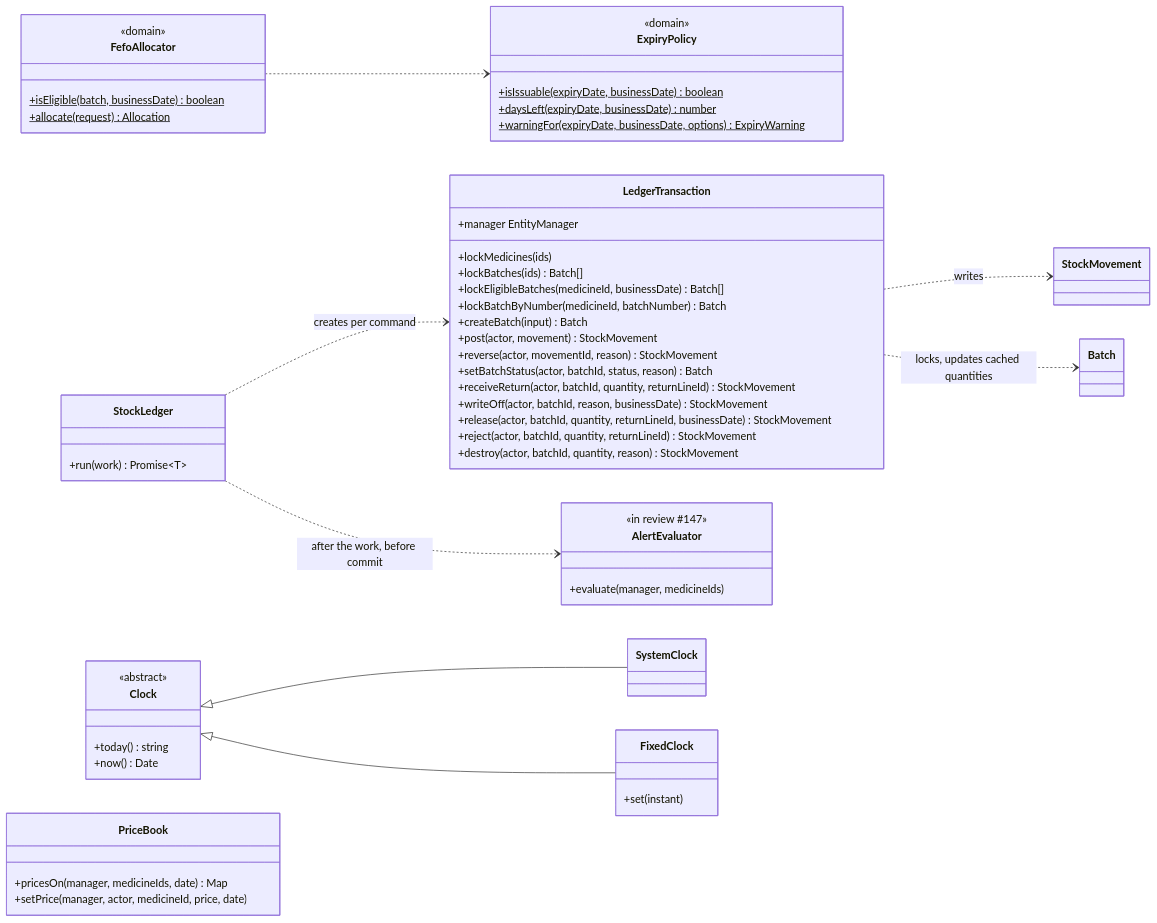
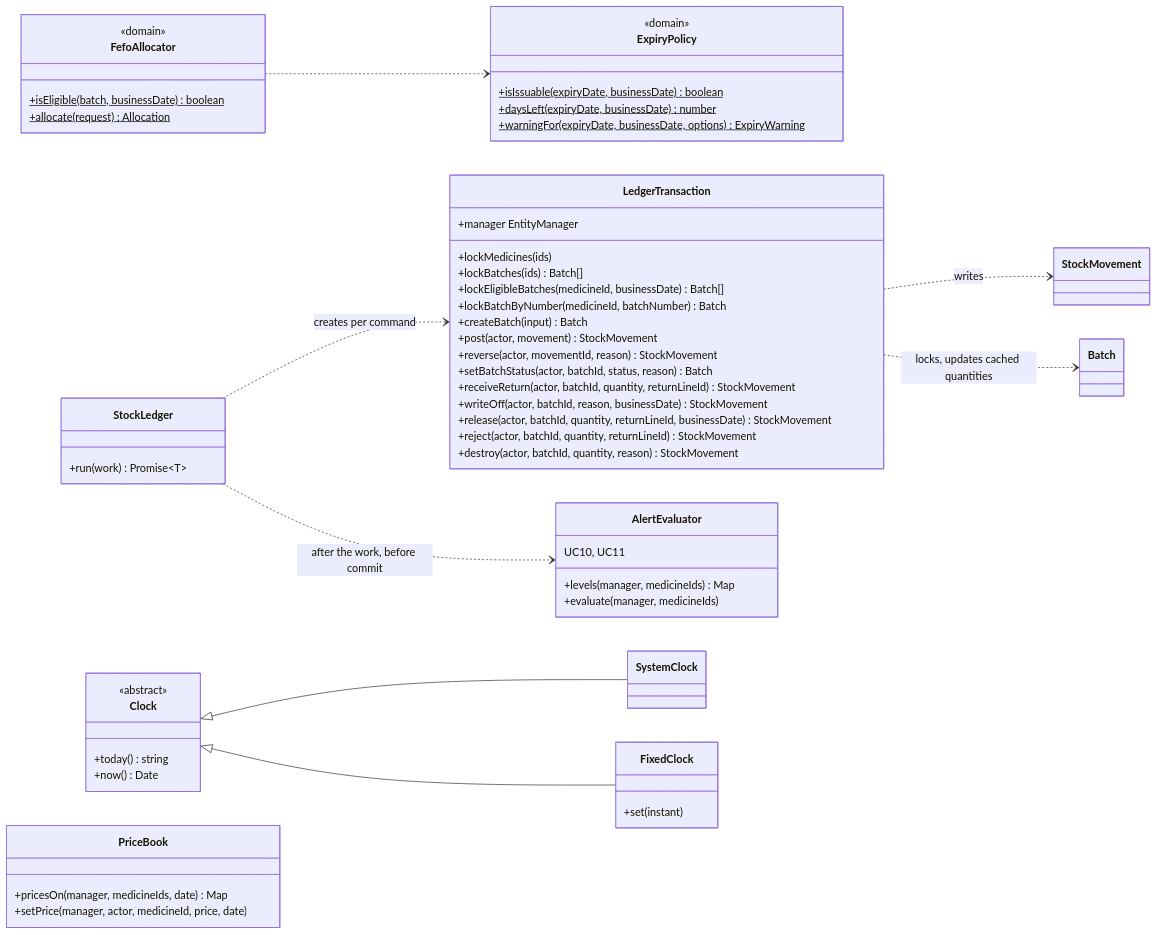
The seventh of 10 diagrams in docs/diagrams/class-diagram.md (NeitLN/261_72ITSE41704_2474802010391_PharmacyStock), drawn with Mermaid before and after one commit. The commit also changed other lines of this file and 3 other files, not shown here.

First line of the commit message:
Regenerate the class diagram, ERD and data dictionary from the code; mark unused classes (#71)

````diff
--- a/docs/diagrams/class-diagram.md
+++ b/docs/diagrams/class-diagram.md
@@ -397,58 +403,59 @@
 ```mermaid
 classDiagram
     direction LR
     class StockLedger {
         +run(work) Promise~T~
     }
     class LedgerTransaction {
         +manager EntityManager
         +lockMedicines(ids)
         +lockBatches(ids) Batch[]
         +lockEligibleBatches(medicineId, businessDate) Batch[]
         +lockBatchByNumber(medicineId, batchNumber) Batch
         +createBatch(input) Batch
         +post(actor, movement) StockMovement
         +reverse(actor, movementId, reason) StockMovement
         +setBatchStatus(actor, batchId, status, reason) Batch
         +receiveReturn(actor, batchId, quantity, returnLineId) StockMovement
         +writeOff(actor, batchId, reason, businessDate) StockMovement
         +release(actor, batchId, quantity, returnLineId, businessDate) StockMovement
         +reject(actor, batchId, quantity, returnLineId) StockMovement
         +destroy(actor, batchId, quantity, reason) StockMovement
     }
     class FefoAllocator {
         <<domain>>
         +isEligible(batch, businessDate)$ boolean
         +allocate(request)$ Allocation
     }
     class ExpiryPolicy {
         <<domain>>
         +isIssuable(expiryDate, businessDate)$ boolean
         +daysLeft(expiryDate, businessDate)$ number
         +warningFor(expiryDate, businessDate, options)$ ExpiryWarning
     }
     class Clock {
         <<abstract>>
         +today() string
         +now() Date
     }
     class SystemClock
     class FixedClock {
         +set(instant)
     }
     class PriceBook {
         +pricesOn(manager, medicineIds, date) Map
         +setPrice(manager, actor, medicineId, price, date)
     }
     class AlertEvaluator {
-        <<in review #147>>
+        UC10, UC11
+        +levels(manager, medicineIds) Map
         +evaluate(manager, medicineIds)
     }
     StockLedger ..> LedgerTransaction : creates per command
     StockLedger ..> AlertEvaluator : after the work, before commit
     LedgerTransaction ..> StockMovement : writes
     LedgerTransaction ..> Batch : locks, updates cached quantities
     Clock <|-- SystemClock
     Clock <|-- FixedClock
     FefoAllocator ..> ExpiryPolicy
 ```
````
